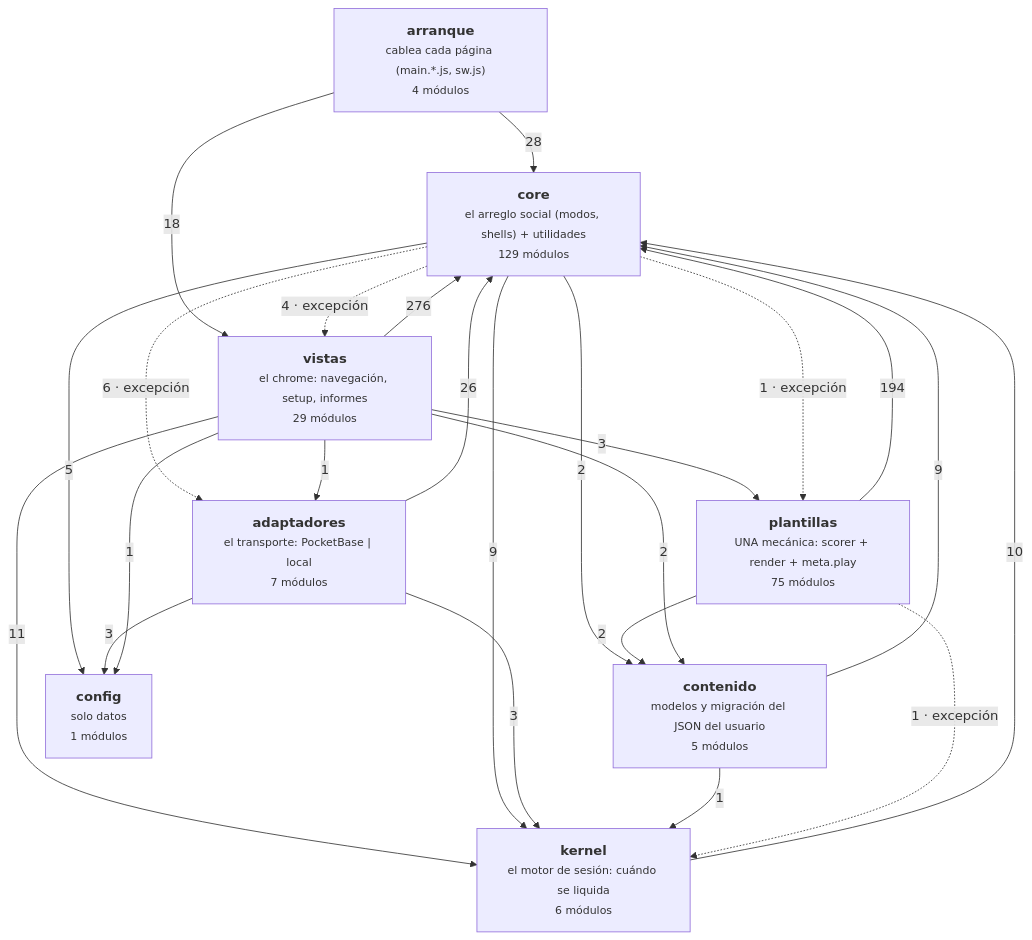
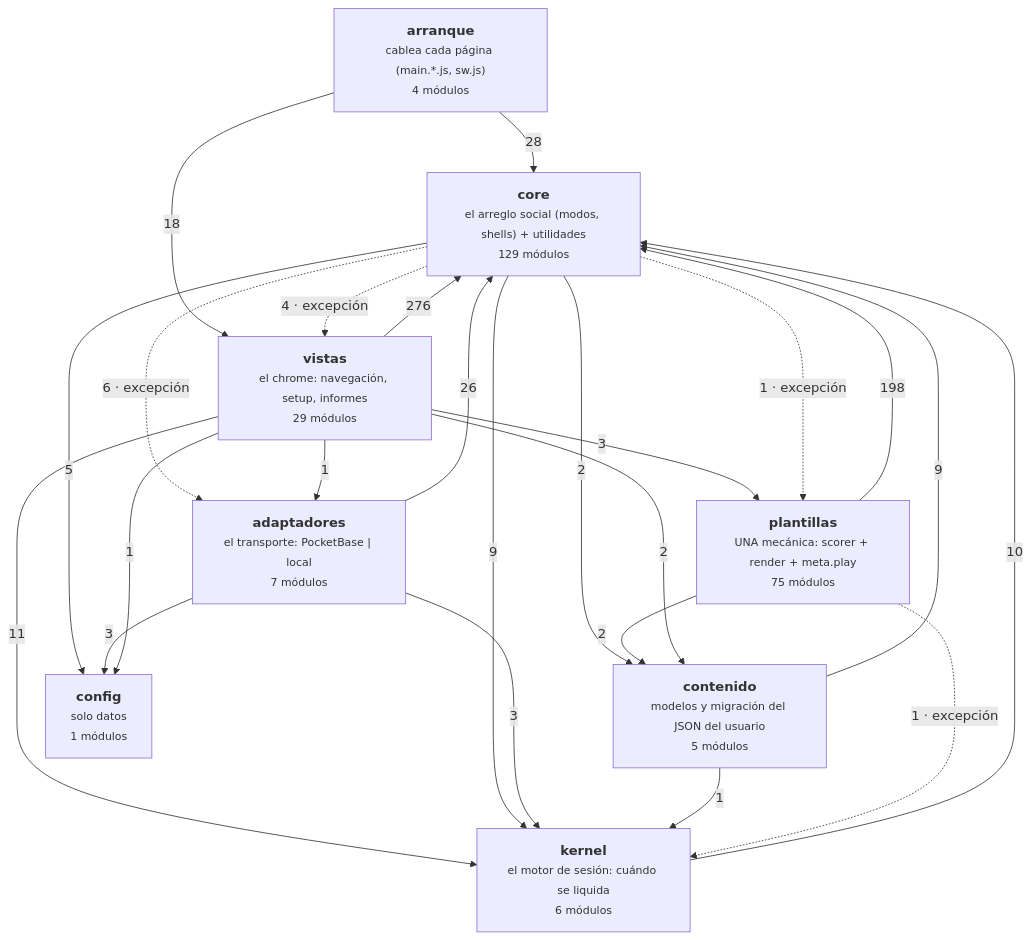
One commit to duecaz/ac changed the diagram in docs/arquitectura-modulos.md. Above: the diagram before and after it, drawn with Mermaid. The commit also changed other lines of this file and 19 other files, not shown here.

````diff
--- a/docs/arquitectura-modulos.md
+++ b/docs/arquitectura-modulos.md
@@ -56,34 +56,34 @@
 ```mermaid
 graph TD
   A["<b>arranque</b><br/><small>cablea cada página (main.*.js, sw.js)</small><br/><small>4 módulos</small>"]
   V["<b>vistas</b><br/><small>el chrome: navegación, setup, informes</small><br/><small>29 módulos</small>"]
   AD["<b>adaptadores</b><br/><small>el transporte: PocketBase | local</small><br/><small>7 módulos</small>"]
   C["<b>core</b><br/><small>el arreglo social (modos, shells) + utilidades</small><br/><small>129 módulos</small>"]
   K["<b>kernel</b><br/><small>el motor de sesión: cuándo se liquida</small><br/><small>6 módulos</small>"]
   T["<b>plantillas</b><br/><small>UNA mecánica: scorer + render + meta.play</small><br/><small>75 módulos</small>"]
   CO["<b>contenido</b><br/><small>modelos y migración del JSON del usuario</small><br/><small>5 módulos</small>"]
   CF["<b>config</b><br/><small>solo datos</small><br/><small>1 módulos</small>"]
   V -->|276| C
-  T -->|194| C
+  T -->|198| C
   A -->|28| C
   AD -->|26| C
   A -->|18| V
   V -->|11| K
   K -->|10| C
   C -->|9| K
   CO -->|9| C
   C -.->|6 · excepción| AD
   C -->|5| CF
   C -.->|4 · excepción| V
   AD -->|3| CF
   AD -->|3| K
   V -->|3| T
   C -->|2| CO
   T -->|2| CO
   V -->|2| CO
   C -.->|1 · excepción| T
   CO -->|1| K
   T -.->|1 · excepción| K
   V -->|1| AD
   V -->|1| CF
 ```
````
